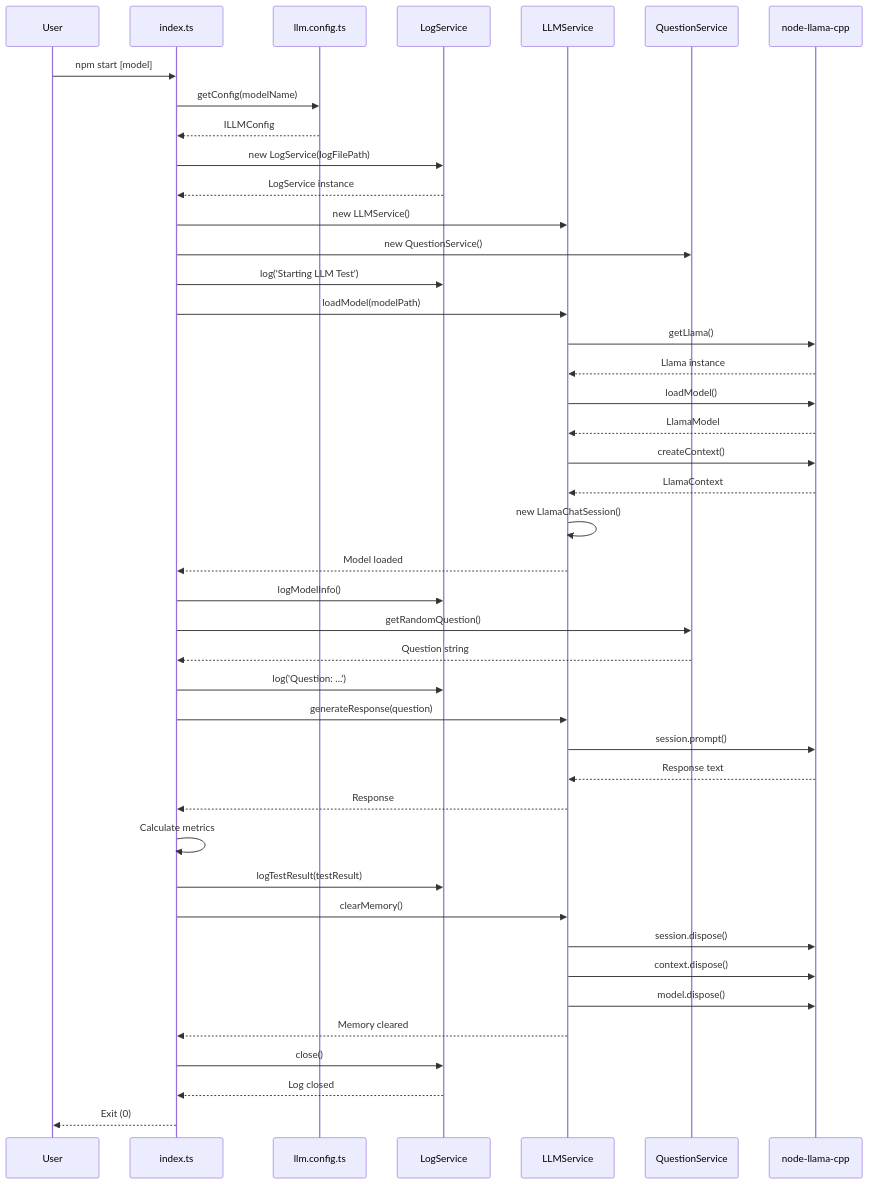
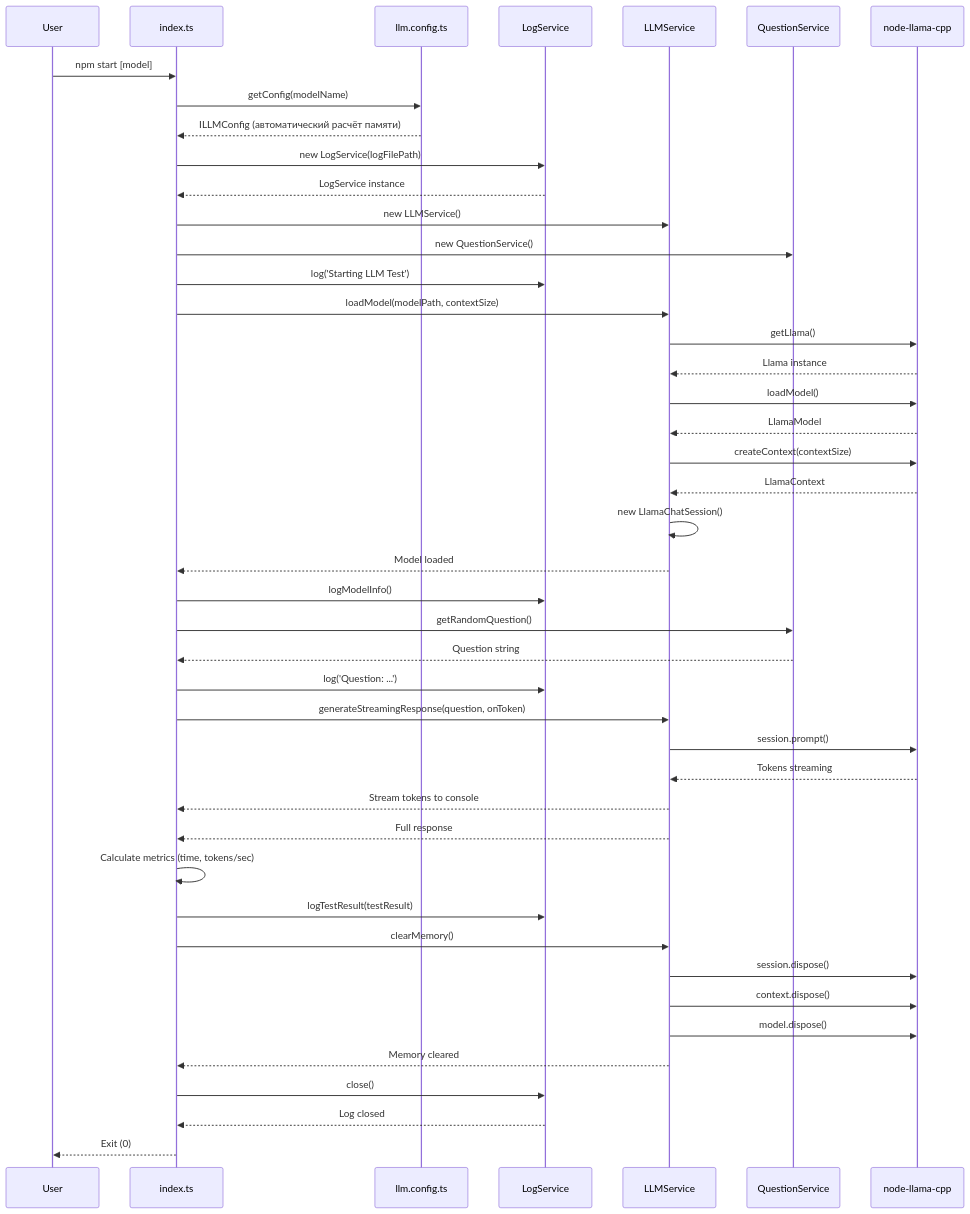
The first of 2 diagrams in ARCHITECTURE.md (damirmur/ai-project), drawn with Mermaid before and after one commit. The commit also changed other lines of this file and 1 other file, not shown here.

First line of the commit message:
docs: обновлены README.md и ARCHITECTURE.md на русском языке

````diff
--- a/ARCHITECTURE.md
+++ b/ARCHITECTURE.md
@@ -145,59 +391,60 @@
 ```mermaid
 sequenceDiagram
     participant User
     participant Main as index.ts
     participant Config as llm.config.ts
     participant Log as LogService
     participant LLM as LLMService
     participant Question as QuestionService
     participant Model as node-llama-cpp
 
     User->>Main: npm start [model]
     Main->>Config: getConfig(modelName)
-    Config-->>Main: ILLMConfig
-    
+    Config-->>Main: ILLMConfig (автоматический расчёт памяти)
+
     Main->>Log: new LogService(logFilePath)
     Log-->>Main: LogService instance
-    
+
     Main->>LLM: new LLMService()
     Main->>Question: new QuestionService()
-    
+
     Main->>Log: log('Starting LLM Test')
-    
-    Main->>LLM: loadModel(modelPath)
+
+    Main->>LLM: loadModel(modelPath, contextSize)
     LLM->>Model: getLlama()
     Model-->>LLM: Llama instance
     LLM->>Model: loadModel()
     Model-->>LLM: LlamaModel
-    LLM->>Model: createContext()
+    LLM->>Model: createContext(contextSize)
     Model-->>LLM: LlamaContext
     LLM->>LLM: new LlamaChatSession()
     LLM-->>Main: Model loaded
-    
+
     Main->>Log: logModelInfo()
-    
+
     Main->>Question: getRandomQuestion()
     Question-->>Main: Question string
-    
+
     Main->>Log: log('Question: ...')
-    
-    Main->>LLM: generateResponse(question)
+
+    Main->>LLM: generateStreamingResponse(question, onToken)
     LLM->>Model: session.prompt()
-    Model-->>LLM: Response text
-    LLM-->>Main: Response
-    
-    Main->>Main: Calculate metrics
-    
+    Model-->>LLM: Tokens streaming
+    LLM-->>Main: Stream tokens to console
+    LLM-->>Main: Full response
+
+    Main->>Main: Calculate metrics (time, tokens/sec)
+
     Main->>Log: logTestResult(testResult)
-    
+
     Main->>LLM: clearMemory()
     LLM->>Model: session.dispose()
     LLM->>Model: context.dispose()
     LLM->>Model: model.dispose()
     LLM-->>Main: Memory cleared
-    
+
     Main->>Log: close()
     Log-->>Main: Log closed
-    
+
     Main-->>User: Exit (0)
 ```
````
